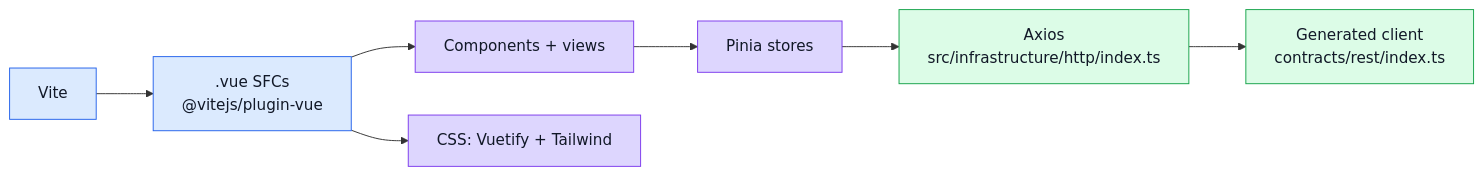
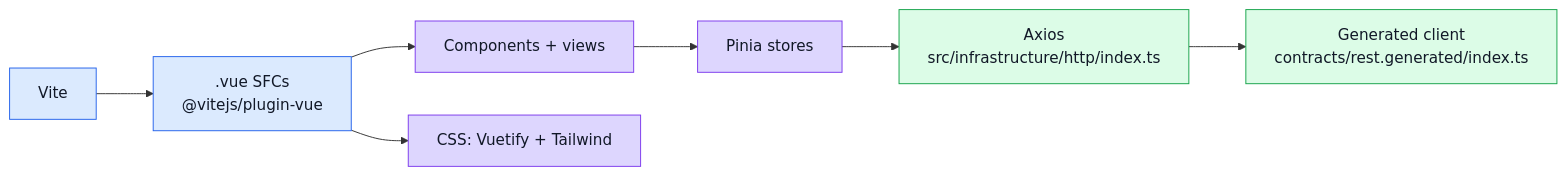
The diagram in docs/tools/runtime.md (Guebbit/boilerplate-vue-frontend), drawn with Mermaid before and after one commit. The commit also changed other lines of this file and 99 other files, not shown here.

````diff
--- a/docs/tools/runtime.md
+++ b/docs/tools/runtime.md
@@ -17,17 +17,17 @@
 ```mermaid
 %%{init: {'flowchart': {'nodeSpacing': 45, 'rankSpacing': 60}}}%%
 flowchart LR
     Vite --> SFC[".vue SFCs\n@vitejs/plugin-vue"]
     SFC --> Components[Components + views]
     SFC --> Styles[CSS: Vuetify + Tailwind]
     Components --> Pinia[Pinia stores]
     Pinia --> Axios[Axios\nsrc/infrastructure/http/index.ts]
-    Axios --> API[Generated client\ncontracts/rest/index.ts]
+    Axios --> API[Generated client\ncontracts/rest.generated/index.ts]
 
     classDef build fill:#dbeafe,stroke:#2563eb,color:#111827;
     classDef app fill:#ddd6fe,stroke:#7c3aed,color:#111827;
     classDef http fill:#dcfce7,stroke:#16a34a,color:#111827;
     class Vite,SFC build;
     class Components,Styles,Pinia app;
     class Axios,API http;
 ```
````
